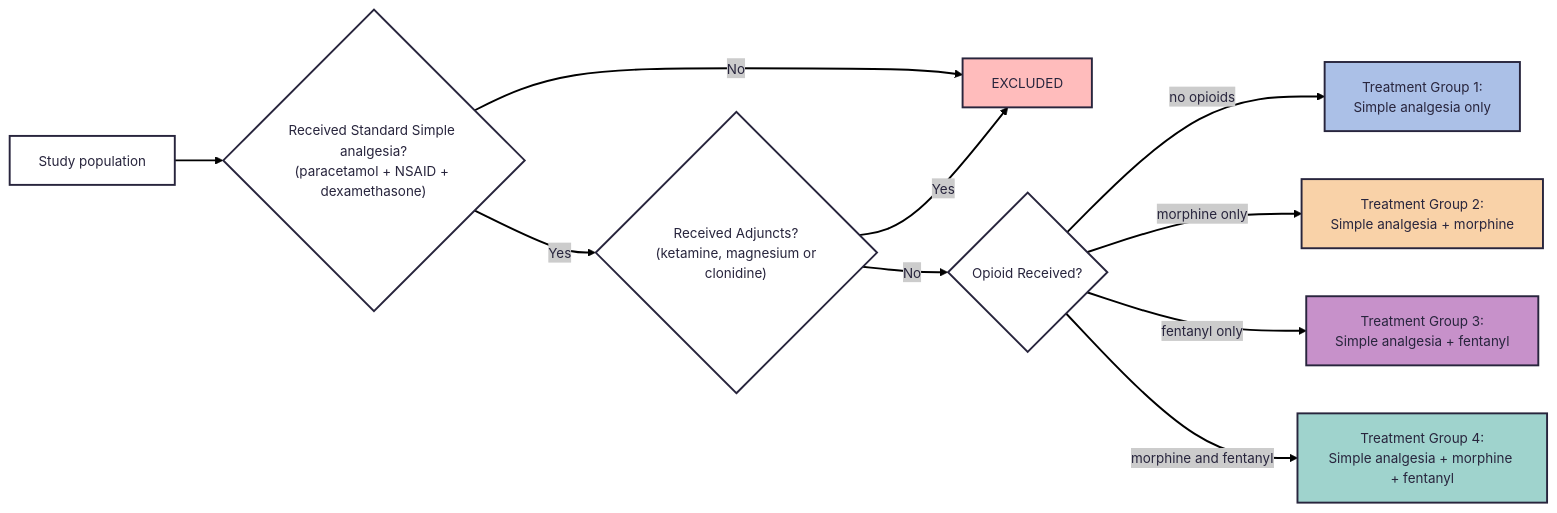
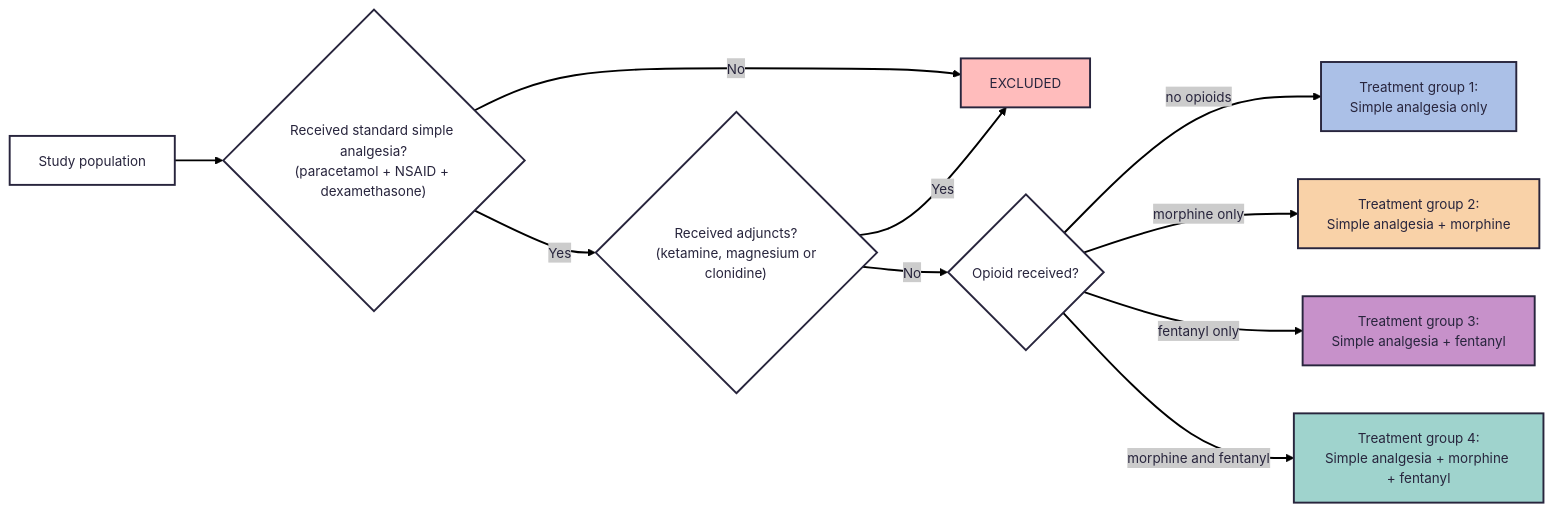
Before and after one commit to DW10/tonsillectomy_analgesia: the diagram in diagrams/fig-mermaid-groups.mmd, drawn with Mermaid. The commit also changed 3 other files, not shown here.

```diff
--- a/diagrams/fig-mermaid-groups.mmd
+++ b/diagrams/fig-mermaid-groups.mmd
@@ -1,30 +1,30 @@
 ---
 config:
   theme: redux
   layout: dagre
 ---
 flowchart LR
 
-A["Study population"] --> B{"Received Standard Simple analgesia?<br>(paracetamol + NSAID + dexamethasone)"}
+A["Study population"] --> B{"Received standard simple analgesia?<br>(paracetamol + NSAID + dexamethasone)"}
 
 B -- No --> C["EXCLUDED"]
 
-B -- Yes --> D{"Received Adjuncts?<br> (ketamine, magnesium or clonidine)"}
+B -- Yes --> D{"Received adjuncts?<br> (ketamine, magnesium or clonidine)"}
 
 D -- Yes --> C
 
-D -- No --> F{"Opioid Received?"}
+D -- No --> F{"Opioid received?"}
 
-F -- no opioids --> G["Treatment Group 1:<br>Simple analgesia only"]
+F -- no opioids --> G["Treatment group 1:<br>Simple analgesia only"]
 
-F -- morphine only --> H["Treatment Group 2:<br>Simple analgesia + morphine"]
+F -- morphine only --> H["Treatment group 2:<br>Simple analgesia + morphine"]
 
-F -- fentanyl only --> I["Treatment Group 3:<br>Simple analgesia + fentanyl"]
+F -- fentanyl only --> I["Treatment group 3:<br>Simple analgesia + fentanyl"]
 
-F -- morphine and fentanyl --> J["Treatment Group 4:<br>Simple analgesia + morphine + fentanyl"]
+F -- morphine and fentanyl --> J["Treatment group 4:<br>Simple analgesia + morphine + fentanyl"]
 
 style C fill:#ffbcbc
 style G fill:#abc0e7
 style H fill:#f9d2a8
 style I fill:#c791ca
 style J fill:#9fd3cd
```
